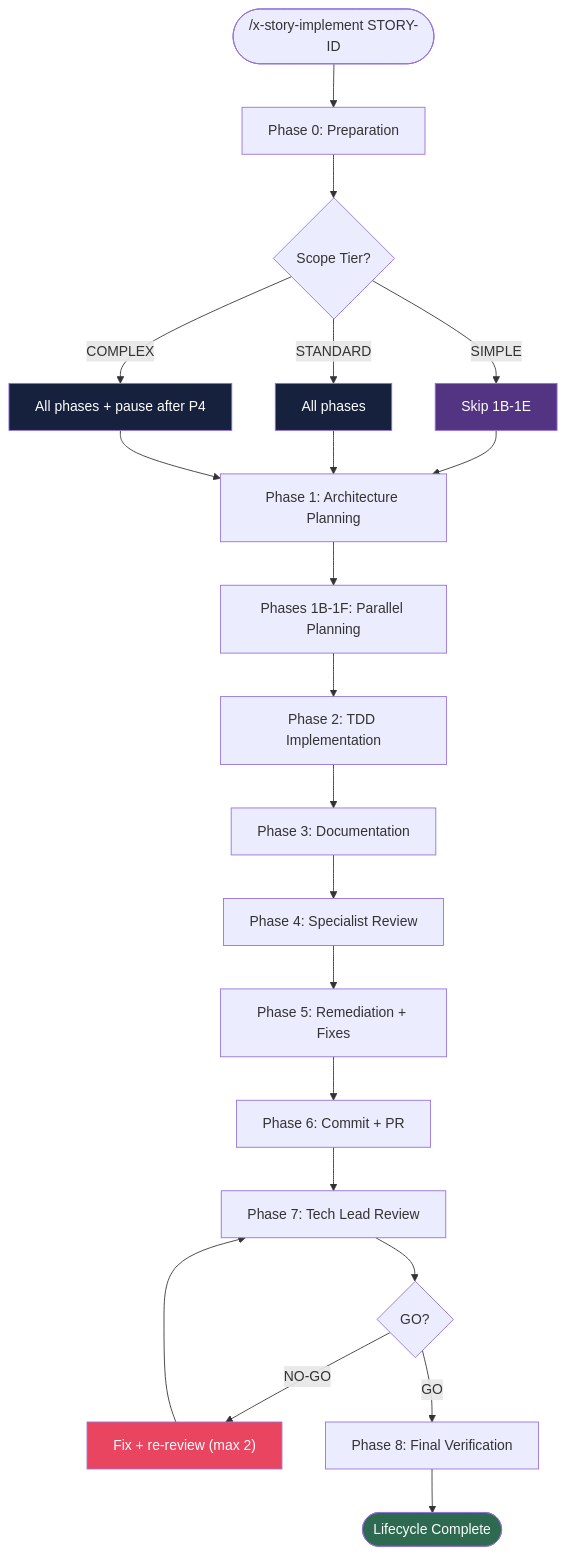
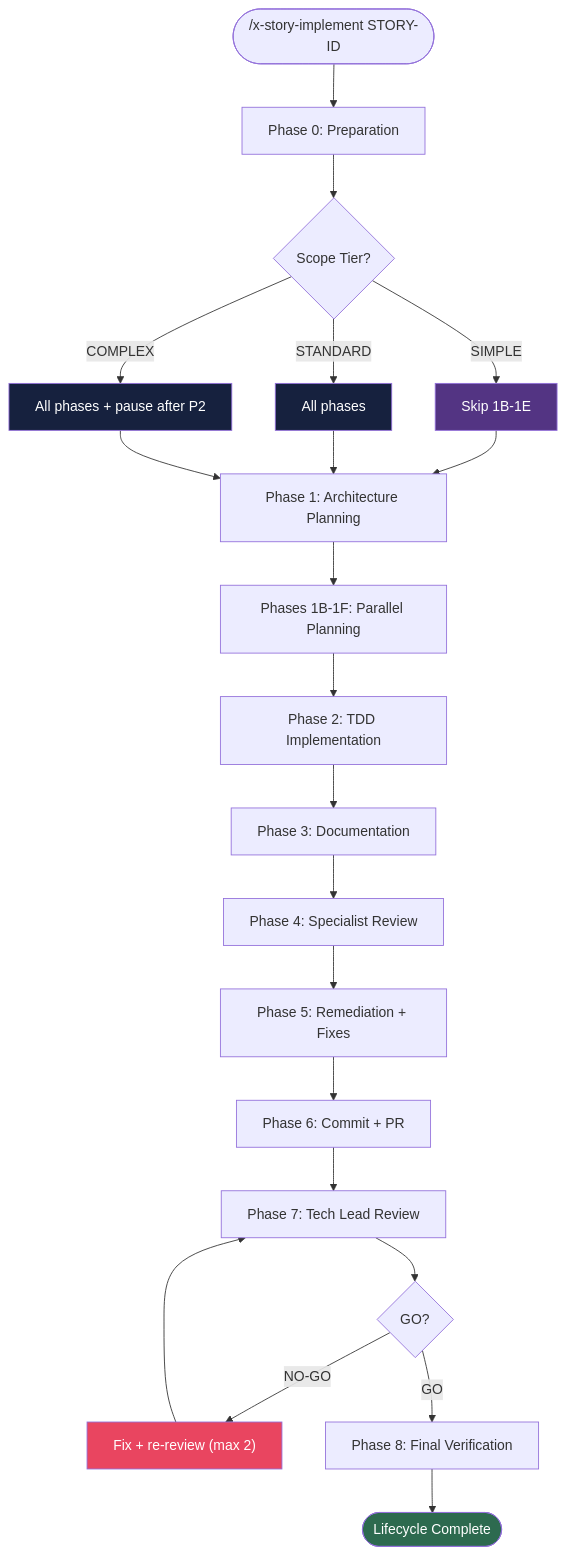
One commit to edercnj/ia-dev-environment changed the diagram in java/src/test/resources/golden/rust-axum/.claude/skills/x-story-implement/README.md. Above: the diagram before and after it, drawn with Mermaid. The commit also changed other lines of this file and 61 other files, not shown here.

````diff
--- a/java/src/test/resources/golden/rust-axum/.claude/skills/x-story-implement/README.md
+++ b/java/src/test/resources/golden/rust-axum/.claude/skills/x-story-implement/README.md
@@ -19,30 +19,30 @@
 ```mermaid
 flowchart TD
     START(["/x-story-implement STORY-ID"]) --> P0["Phase 0: Preparation"]
     P0 --> SCOPE{Scope Tier?}
     SCOPE -->|SIMPLE| SKIP["Skip 1B-1E"]
     SCOPE -->|STANDARD| ALL["All phases"]
-    SCOPE -->|COMPLEX| ALLPAUSE["All phases + pause after P4"]
+    SCOPE -->|COMPLEX| ALLPAUSE["All phases + pause after P2"]
     SKIP --> P1
     ALL --> P1
     ALLPAUSE --> P1
 
     P1["Phase 1: Architecture Planning"] --> P1PAR["Phases 1B-1F: Parallel Planning"]
     P1PAR --> P2["Phase 2: TDD Implementation"]
     P2 --> P3["Phase 3: Documentation"]
     P3 --> P4["Phase 4: Specialist Review"]
     P4 --> P5["Phase 5: Remediation + Fixes"]
     P5 --> P6["Phase 6: Commit + PR"]
     P6 --> P7["Phase 7: Tech Lead Review"]
     P7 --> P7D{GO?}
     P7D -->|NO-GO| P7FIX["Fix + re-review (max 2)"]
     P7FIX --> P7
     P7D -->|GO| P8["Phase 8: Final Verification"]
     P8 --> DONE(["Lifecycle Complete"])
 
     style SKIP fill:#533483,color:#fff
     style DONE fill:#2d6a4f,color:#fff
     style P7FIX fill:#e94560,color:#fff
     style ALL fill:#16213e,color:#fff
     style ALLPAUSE fill:#16213e,color:#fff
 ```
````
